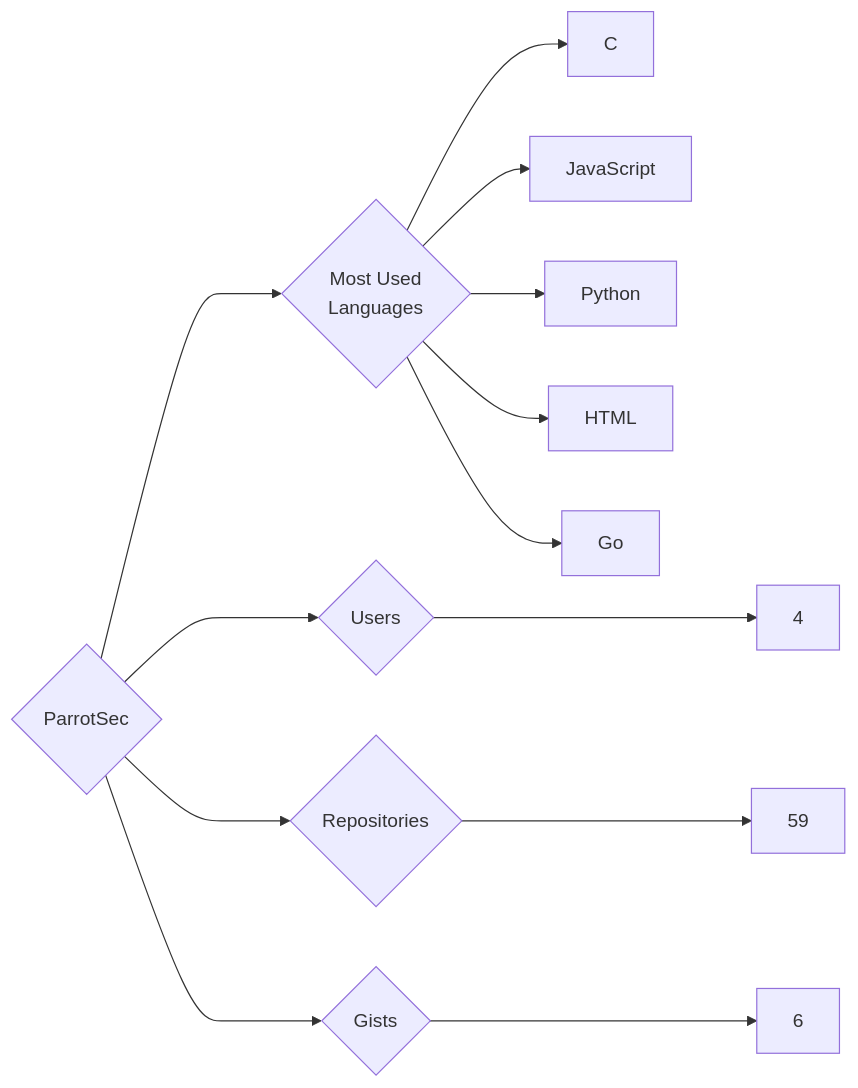
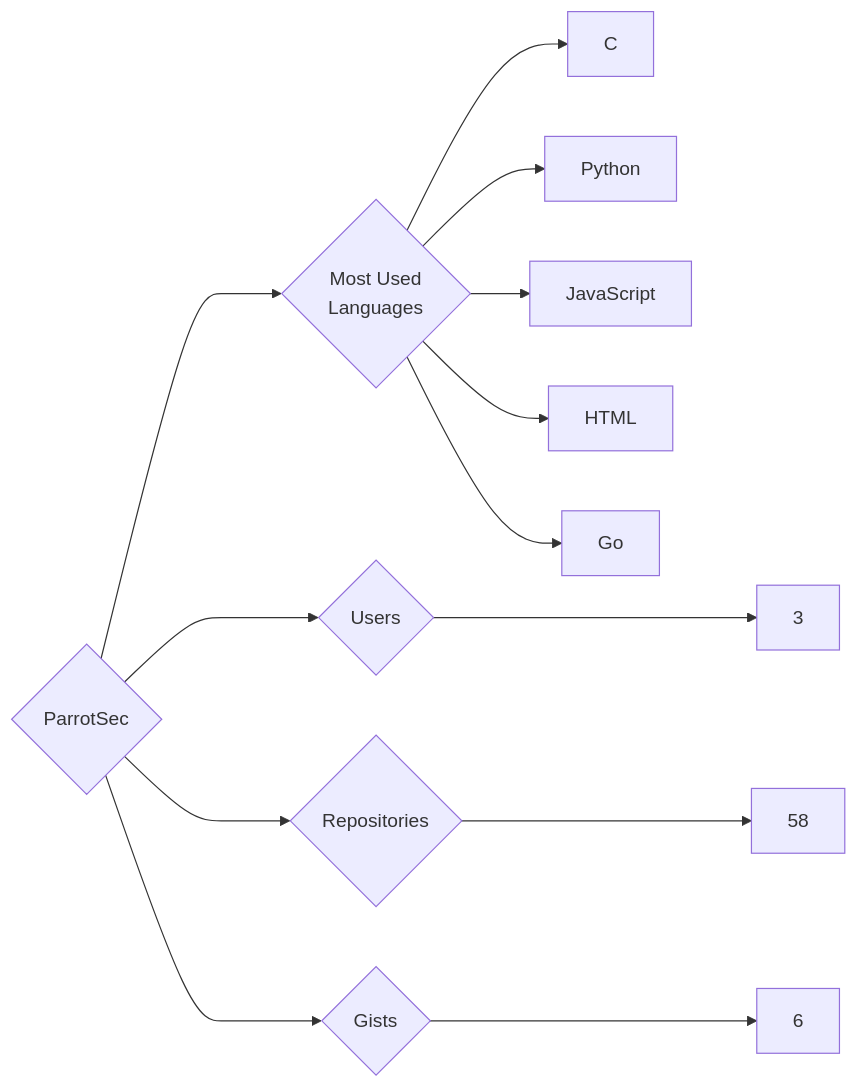
One commit to trickest/insiders changed the diagram in targets/ParrotSec/README.md. Above: the diagram before and after it, drawn with Mermaid. The commit also changed 948 other files, not shown here.

````diff
--- a/targets/ParrotSec/README.md
+++ b/targets/ParrotSec/README.md
@@ -3,13 +3,13 @@
 ```mermaid
 graph LR
 COMPANY_NAME{ParrotSec}
-COMPANY_NAME ---> U{Users} ---> UN[4]
-COMPANY_NAME ---> R{Repositories} ---> RN[59]
+COMPANY_NAME ---> U{Users} ---> UN[3]
+COMPANY_NAME ---> R{Repositories} ---> RN[58]
 COMPANY_NAME ---> G{Gists} ---> GN[6]
 COMPANY_NAME ---> ML{Most Used<br>Languages}
 ML --> C[C]
+ML --> Python[Python]
 ML --> JavaScript[JavaScript]
-ML --> Python[Python]
 ML --> HTML[HTML]
 ML --> Go[Go]
 ```
````
